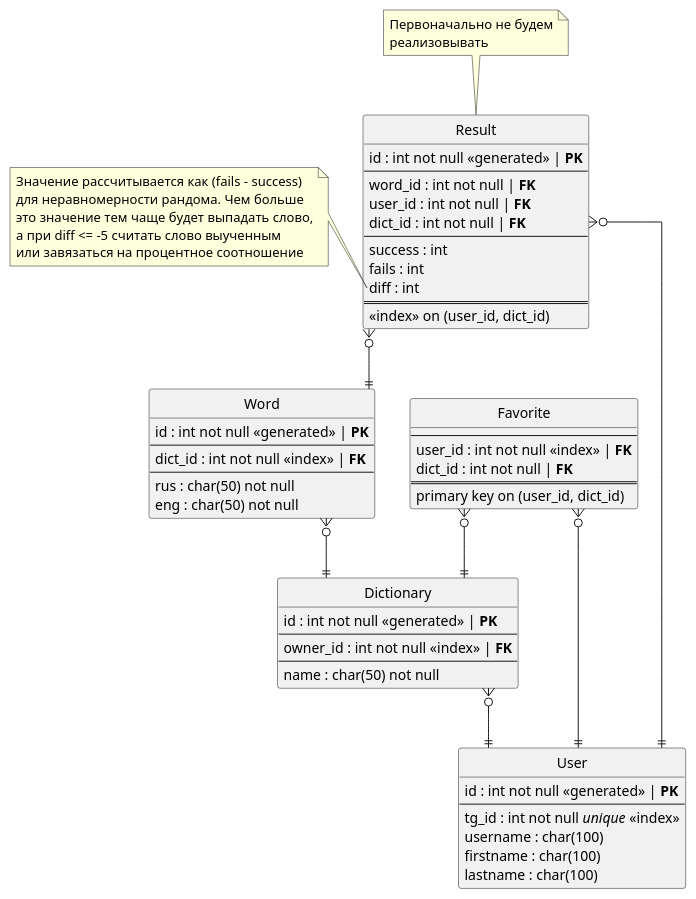
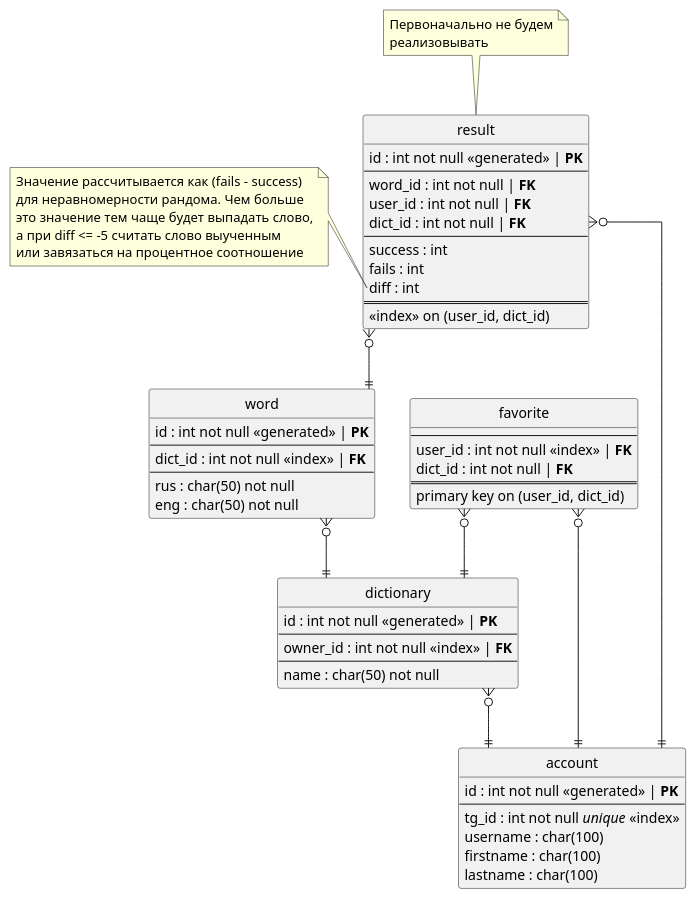
Before and after one commit to KotlinDeveloperSchool/TelegramBot: the diagram in EntitiesBD.puml, drawn with PlantUML. The commit also changed 2 other files, not shown here.

```diff
--- a/EntitiesBD.puml
+++ b/EntitiesBD.puml
@@ -1,72 +1,72 @@
 @startuml
 'https://plantuml.com/class-diagram
 hide circle
 skinparam linetype ortho
 
-entity "Word" as W {
+entity "word" as W {
   id : int not null <<generated>> | **PK**
   --
   dict_id : int not null <<index>> | **FK**
   --
   rus : char(50) not null
   eng : char(50) not null
 }
 
-entity "Dictionary" as D {
+entity "dictionary" as D {
   id : int not null <<generated>> | **PK**
   --
   owner_id : int not null <<index>> | **FK**
   --
   name : char(50) not null
 }
 W }o--|| D
 
-entity "User" as U {
+entity "account" as U {
   id : int not null <<generated>> | **PK**
   --
   tg_id : int not null //unique// <<index>>
   username : char(100)
   firstname : char(100)
   lastname : char(100)
 }
 D }o--|| U
 
-entity "Favorite" as F {
+entity "favorite" as F {
   --
   user_id : int not null <<index>> | **FK**
   dict_id : int not null | **FK**
   ==
   primary key on (user_id, dict_id)
 }
 
 F }o--|| U
 F }o--|| D
 
-entity "Result" as R {
+entity "result" as R {
   id : int not null <<generated>> | **PK**
   --
   word_id : int not null | **FK**
   user_id : int not null | **FK**
   dict_id : int not null | **FK**
   --
   success : int
   fails : int
   diff : int
   ==
   <<index>> on (user_id, dict_id)
 }
 
 note top of R: Первоначально не будем\nреализовывать
 
 note left of R::diff
   Значение рассчитывается как (fails - success)
   для неравномерности рандома. Чем больше
   это значение тем чаще будет выпадать слово,
   а при diff <= -5 считать слово выученным
   или завязаться на процентное соотношение
 end note
 
 R }o--|| U
 R }o--|| W
 
 @enduml
```
